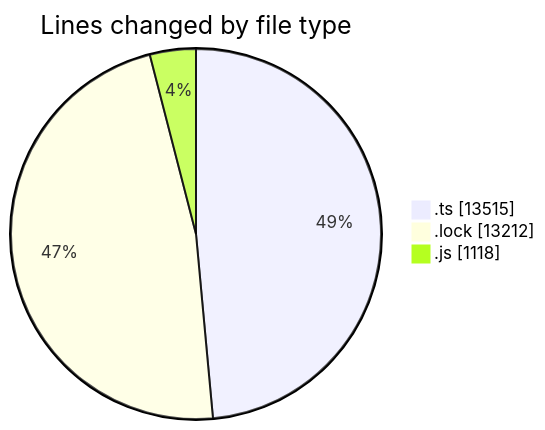
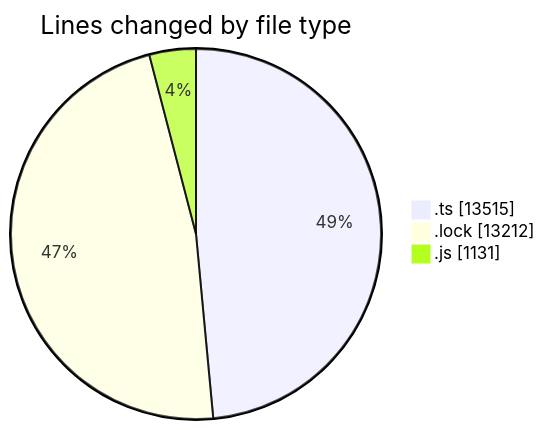
Before and after one commit to momahboobian/code-tracking: the first of 2 diagrams in 2025-05-16/cda/README.md, drawn with Mermaid. The commit also changed other lines of this file and 1 other file, not shown here.

````diff
--- a/2025-05-16/cda/README.md
+++ b/2025-05-16/cda/README.md
@@ -28,7 +28,7 @@
 ```mermaid
 pie showData
 title Lines changed by file type
 ".ts" : 13515
 ".lock" : 13212
-".js" : 1118
+".js" : 1131
 ```
````
